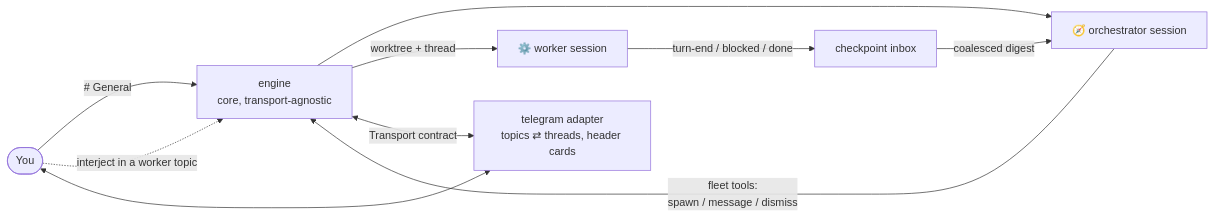
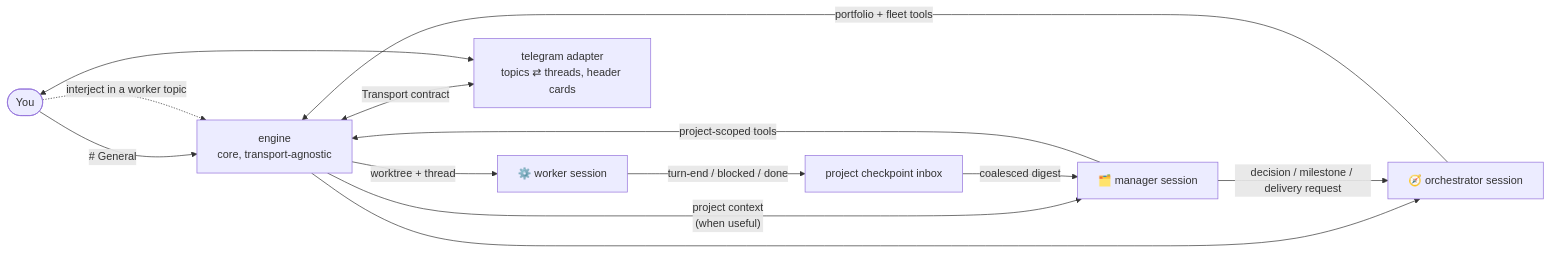
Before and after one commit to Dri-water/be-a-boss: the second of 3 diagrams in README.md, drawn with Mermaid. The commit also changed other lines of this file and 27 other files, not shown here.

````diff
--- a/README.md
+++ b/README.md
@@ -114,12 +128,15 @@
 ```mermaid
 flowchart LR
     U([You]) -->|"# General"| ENG[engine<br/>core, transport-agnostic]
     U -. "interject in a worker topic" .-> ENG
     ENG --> ORC["🧭 orchestrator session"]
-    ORC -->|"fleet tools:<br/>spawn / message / dismiss"| ENG
+    ORC -->|"portfolio + fleet tools"| ENG
+    ENG -->|"project context<br/>(when useful)"| PM["🗂️ manager session"]
+    PM -->|"project-scoped tools"| ENG
     ENG -->|worktree + thread| C1["⚙️ worker session"]
-    C1 -->|"turn-end / blocked / done"| SUP[checkpoint inbox]
-    SUP -->|coalesced digest| ORC
+    C1 -->|"turn-end / blocked / done"| SUP[project checkpoint inbox]
+    SUP -->|coalesced digest| PM
+    PM -->|"decision / milestone / delivery request"| ORC
     ENG <-->|Transport contract| TG[telegram adapter<br/>topics ⇄ threads, header cards]
     TG <--> U
 ```
````
